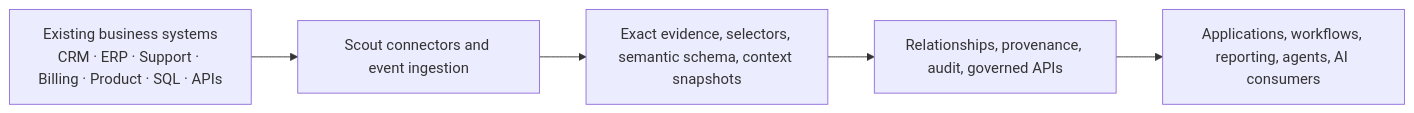
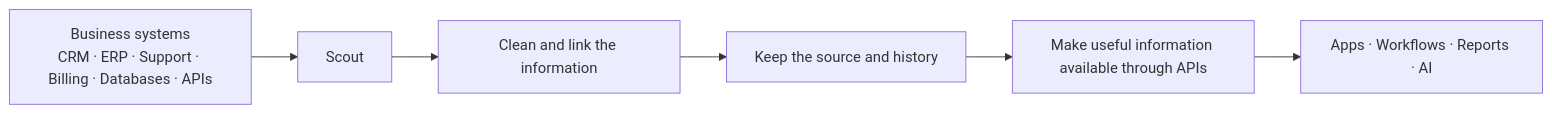
The diagram in README.md (PaulJMaddison/kynticai-context-engine-scout), drawn with Mermaid before and after one commit. The commit also changed other lines of this file, not shown here.

````diff
--- a/README.md
+++ b/README.md
@@ -167,7 +205,8 @@
 ```mermaid
 flowchart LR
-    A[Existing business systems\nCRM · ERP · Support · Billing · Product · SQL · APIs] --> B[Scout connectors and event ingestion]
-    B --> C[Exact evidence, selectors, semantic schema, context snapshots]
-    C --> D[Relationships, provenance, audit, governed APIs]
-    D --> E[Applications, workflows, reporting, agents, AI consumers]
+    A[Business systems\nCRM · ERP · Support · Billing · Databases · APIs] --> B[Scout]
+    B --> C[Clean and link the information]
+    C --> D[Keep the source and history]
+    D --> E[Make useful information available through APIs]
+    E --> F[Apps · Workflows · Reports · AI]
 ```
````
